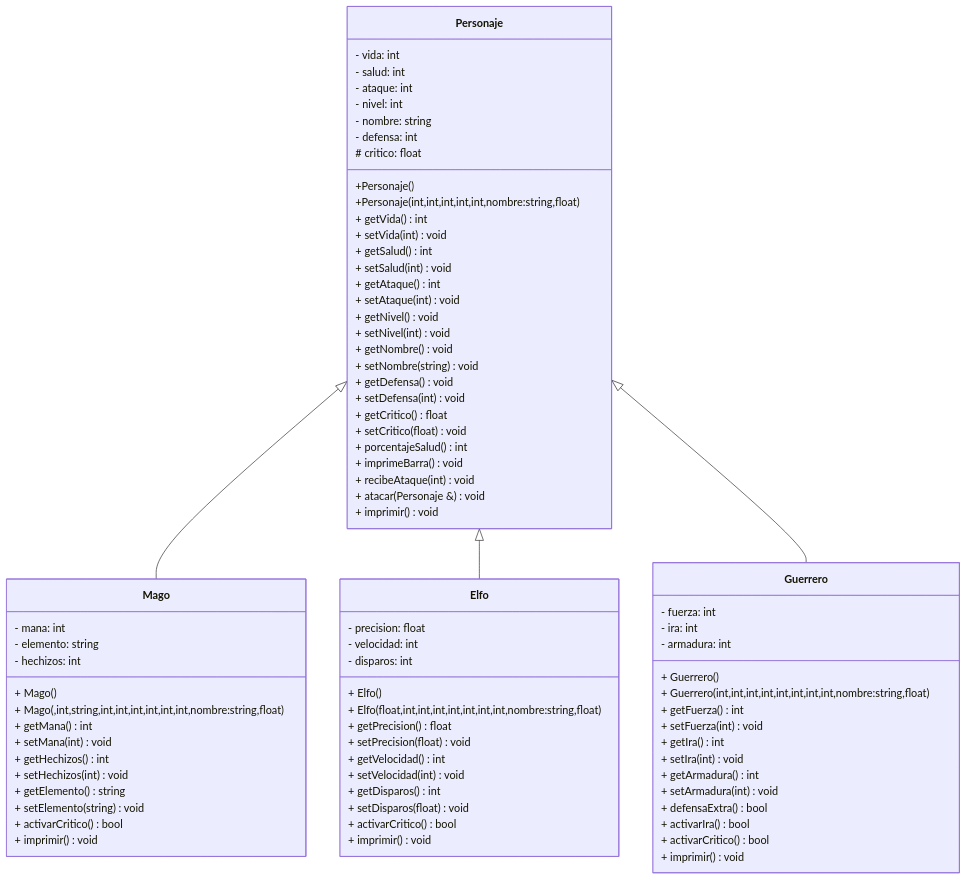
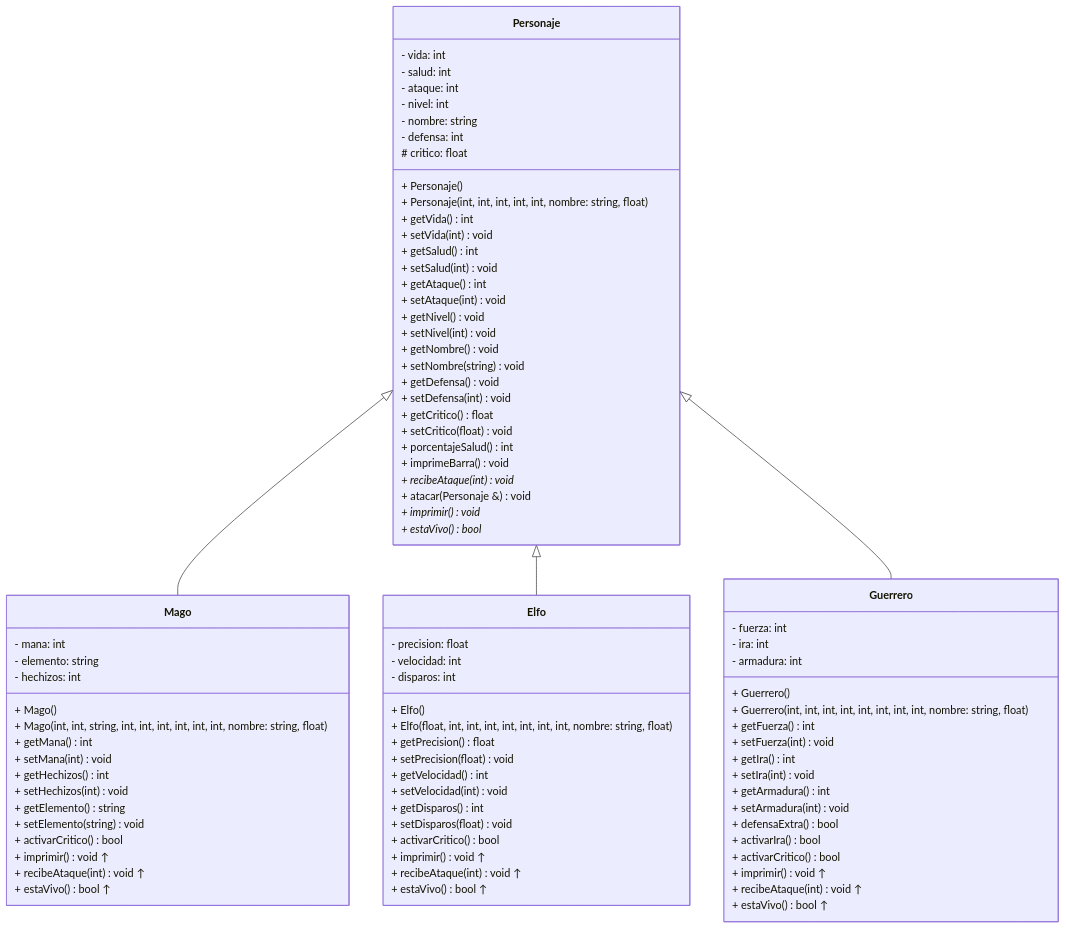
One commit to MiguelMonroy-hub/Proyecto_A01739891 changed the diagram in assignments/Proyecto/README.md. Above: the diagram before and after it, drawn with Mermaid. The commit also changed 10 other files, not shown here.

````diff
--- a/assignments/Proyecto/README.md
+++ b/assignments/Proyecto/README.md
@@ -13,90 +13,98 @@
 ```mermaid
 classDiagram
-        Personaje <|--Mago
-        Personaje <|--Elfo
-        Personaje <|--Guerrero
-            class Personaje{
-                - vida: int
-                - salud: int
-                - ataque: int
-                - nivel: int
-                - nombre: string
-                - defensa: int
-                # critico: float
+    Personaje <|-- Mago
+    Personaje <|-- Elfo
+    Personaje <|-- Guerrero
 
-                +Personaje()
-                +Personaje(int,int,int,int,int,nombre:string,float)
-                + getVida() int
-                + setVida(int) void
-                + getSalud() int
-                + setSalud(int) void
-                + getAtaque() int
-                + setAtaque(int) void
-                + getNivel() void
-                + setNivel(int) void
-                + getNombre() void
-                + setNombre(string) void
-                + getDefensa() void
-                + setDefensa(int) void
-                + getCritico() float
-                + setCritico(float) void
-                + porcentajeSalud() int
-                + imprimeBarra() void
-                + recibeAtaque(int) void
-                + atacar(Personaje &) void
-                + imprimir() void
-            }
-            
-            class Mago{
-                - mana: int
-                - elemento: string
-                - hechizos: int
+    class Personaje {
+        - vida: int
+        - salud: int
+        - ataque: int
+        - nivel: int
+        - nombre: string
+        - defensa: int
+        # critico: float
 
-                + Mago()
-                + Mago(,int,string,int,int,int,int,int,int,nombre:string,float)
-                + getMana() int
-                + setMana(int) void
-                + getHechizos() int
-                + setHechizos(int) void
-                + getElemento() string
-                + setElemento(string) void
-                + activarCritico() bool
-                + imprimir() void
-            }
+        + Personaje()
+        + Personaje(int, int, int, int, int, nombre: string, float)
+        + getVida() int
+        + setVida(int) void
+        + getSalud() int
+        + setSalud(int) void
+        + getAtaque() int
+        + setAtaque(int) void
+        + getNivel() void
+        + setNivel(int) void
+        + getNombre() void
+        + setNombre(string) void
+        + getDefensa() void
+        + setDefensa(int) void
+        + getCritico() float
+        + setCritico(float) void
+        + porcentajeSalud() int
+        + imprimeBarra() void
+        + recibeAtaque(int) void *
+        + atacar(Personaje &) void
+        + imprimir() void *
+        + estaVivo() bool *
+    }
 
-            class Elfo{
-                - precision: float
-                - velocidad: int
-                - disparos: int
+    class Mago {
+        - mana: int
+        - elemento: string
+        - hechizos: int
 
-                + Elfo()
-                + Elfo(float,int,int,int,int,int,int,int,nombre:string,float)
-                + getPrecision() float
-                + setPrecision(float) void
-                + getVelocidad() int
-                + setVelocidad(int) void
-                + getDisparos() int
-                + setDisparos(float) void
-                + activarCritico() bool
-                + imprimir() void
-            }
+        + Mago()
+        + Mago(int, int, string, int, int, int, int, int, int, nombre: string, float)
+        + getMana() int
+        + setMana(int) void
+        + getHechizos() int
+        + setHechizos(int) void
+        + getElemento() string
+        + setElemento(string) void
+        + activarCritico() bool
+        + imprimir() void ↑
+        + recibeAtaque(int) void ↑
+        + estaVivo() bool ↑
+    }
 
-            class Guerrero{
-                - fuerza: int
-                - ira: int
-                - armadura: int
+    class Elfo {
+        - precision: float
+        - velocidad: int
+        - disparos: int
 
-                + Guerrero()
-                + Guerrero(int,int,int,int,int,int,int,int,nombre:string,float)
-                + getFuerza() int
-                + setFuerza(int) void
-                + getIra() int
-                + setIra(int) void
-                + getArmadura() int
-                + setArmadura(int) void
-                + defensaExtra() bool
-                + activarIra() bool
-                + activarCritico() bool
-                + imprimir() void
-            }
+        + Elfo()
+        + Elfo(float, int, int, int, int, int, int, int, nombre: string, float)
+        + getPrecision() float
+        + setPrecision(float) void
+        + getVelocidad() int
+        + setVelocidad(int) void
+        + getDisparos() int
+        + setDisparos(float) void
+        + activarCritico() bool
+        + imprimir() void ↑
+        + recibeAtaque(int) void ↑
+        + estaVivo() bool ↑
+    }
+
+    class Guerrero {
+        - fuerza: int
+        - ira: int
+        - armadura: int
+
+        + Guerrero()
+        + Guerrero(int, int, int, int, int, int, int, int, nombre: string, float)
+        + getFuerza() int
+        + setFuerza(int) void
+        + getIra() int
+        + setIra(int) void
+        + getArmadura() int
+        + setArmadura(int) void
+        + defensaExtra() bool
+        + activarIra() bool
+        + activarCritico() bool
+        + imprimir() void ↑
+        + recibeAtaque(int) void ↑
+        + estaVivo() bool ↑
+    }
 ``` 
````
